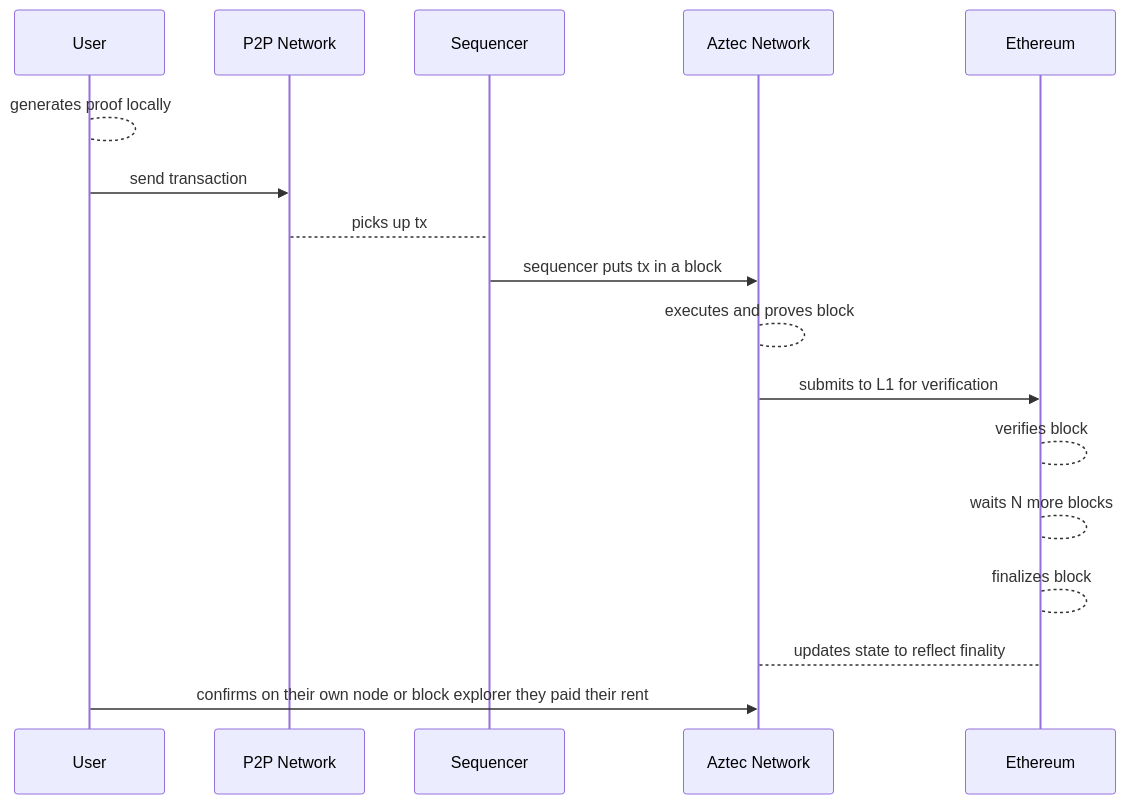
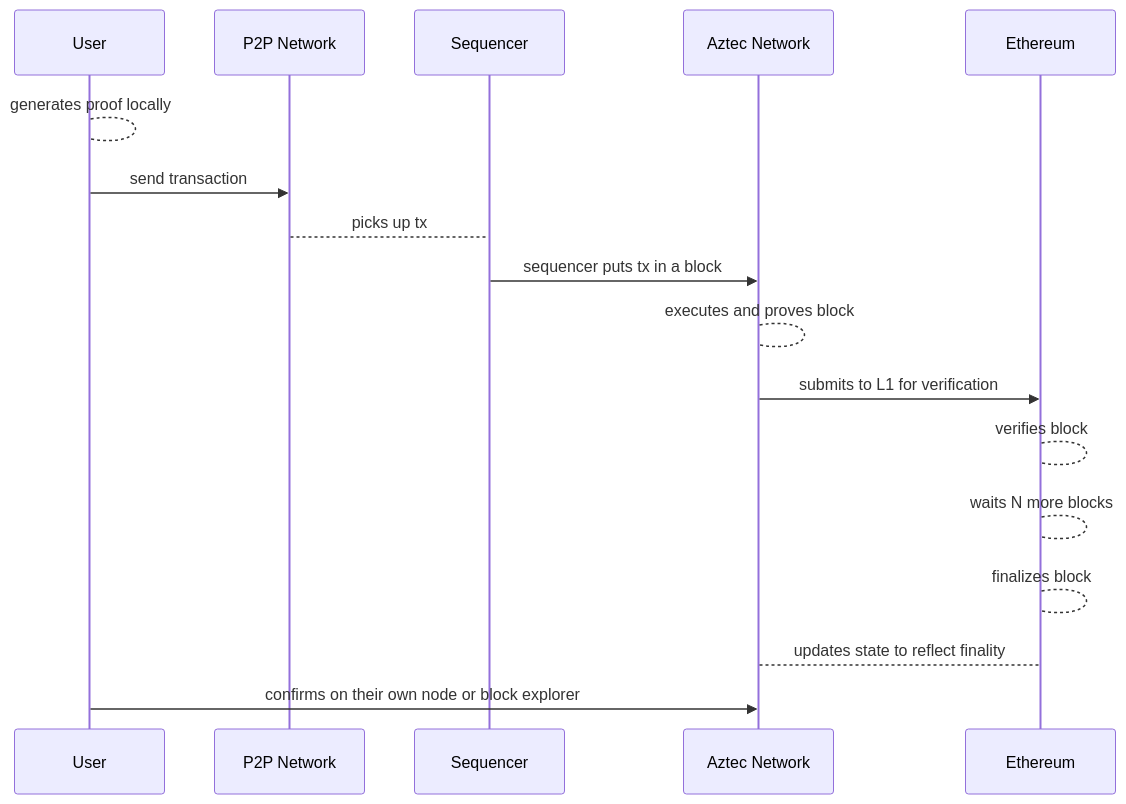
Before and after one commit to AztecProtocol/aztec-packages: the fourth of 9 diagrams in yellow-paper/docs/decentralisation/block_production.md, drawn with Mermaid. The commit also changed other lines of this file and 1 other file, not shown here.

Commit message:
chore: add figure + update diagram

````diff
--- a/yellow-paper/docs/decentralisation/block_production.md
+++ b/yellow-paper/docs/decentralisation/block_production.md
@@ -207,21 +204,21 @@
 ```mermaid
 sequenceDiagram
 
 participant Anyone as User
 participant P2P Network
 participant Sequencer
 participant Network as Aztec Network
 participant Contract as Ethereum
 
 Anyone --> Anyone: generates proof locally
 Anyone ->> P2P Network: send transaction
 P2P Network --> Sequencer: picks up tx
 Sequencer ->> Network: sequencer puts tx in a block
 Network --> Network: executes and proves block
 Network ->> Contract: submits to L1 for verification
 Contract --> Contract: verifies block
 Contract --> Contract: waits N more blocks
 Contract --> Contract: finalizes block
 Network --> Contract: updates state to reflect finality
-Anyone ->> Network: confirms on their own node or block explorer they paid their rent
+Anyone ->> Network: confirms on their own node or block explorer
 ```
````
